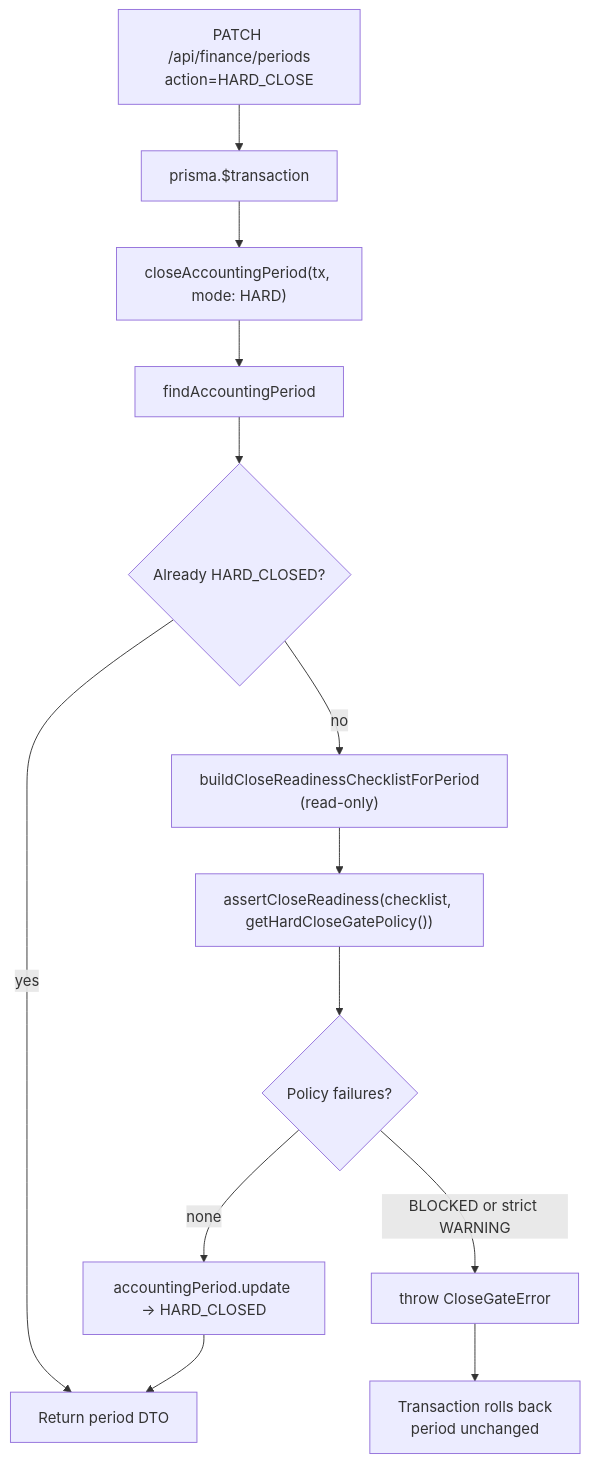
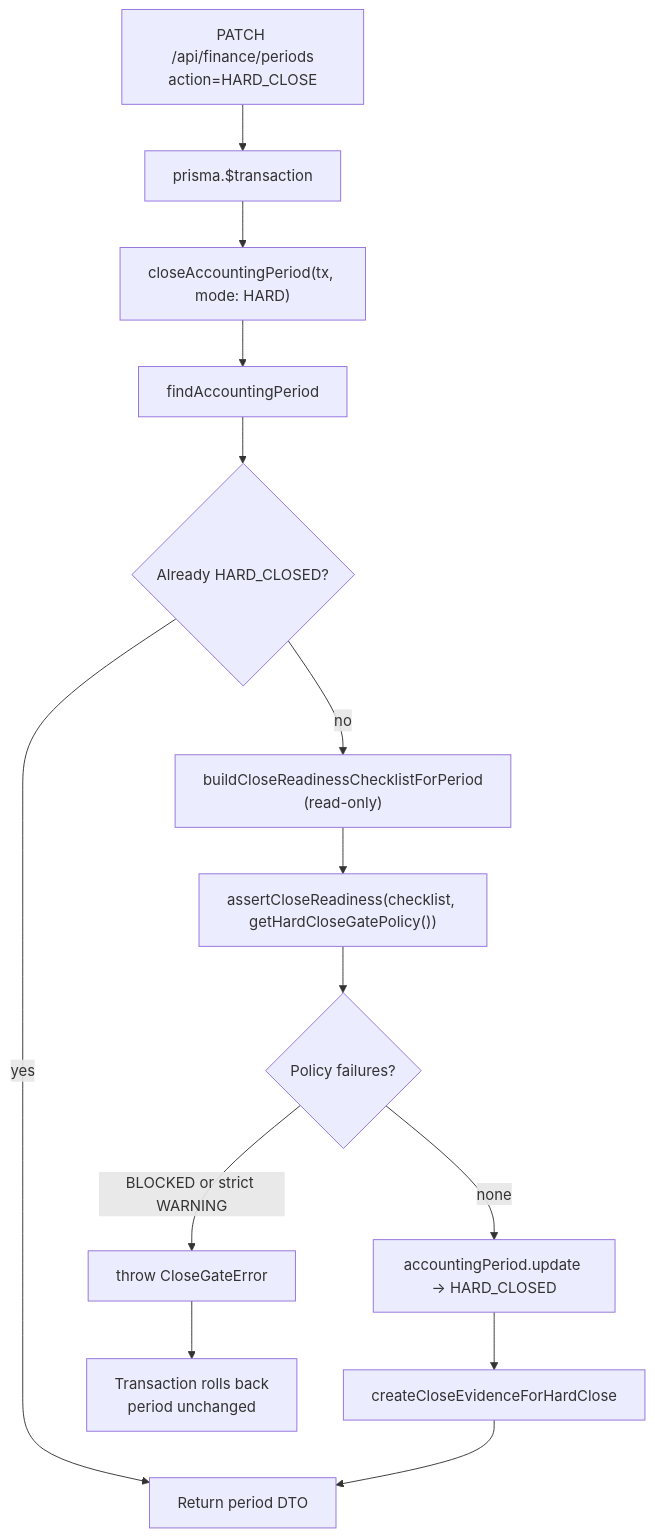
The first of 2 diagrams in docs/22_FINANCE_CLOSE_GATE.md (thkiti/asa-con-v0), drawn with Mermaid before and after one commit. The commit also changed other lines of this file and 35 other files, not shown here.

Commit message:
phase20d close evidence snapshot

````diff
--- a/docs/22_FINANCE_CLOSE_GATE.md
+++ b/docs/22_FINANCE_CLOSE_GATE.md
@@ -28,21 +28,22 @@
 ```mermaid
 flowchart TD
   patch["PATCH /api/finance/periods\naction=HARD_CLOSE"]
   tx["prisma.$transaction"]
   close["closeAccountingPeriod(tx, mode: HARD)"]
   find["findAccountingPeriod"]
   idempotent{"Already HARD_CLOSED?"}
   checklist["buildCloseReadinessChecklistForPeriod\n(read-only)"]
   gate["assertCloseReadiness(checklist, getHardCloseGatePolicy())"]
   policy{"Policy failures?"}
   update["accountingPeriod.update → HARD_CLOSED"]
+  evidence["createCloseEvidenceForHardClose"]
   throw["throw CloseGateError"]
   rollback["Transaction rolls back\nperiod unchanged"]
   ok["Return period DTO"]
 
   patch --> tx --> close --> find --> idempotent
   idempotent -->|yes| ok
   idempotent -->|no| checklist --> gate --> policy
-  policy -->|none| update --> ok
+  policy -->|none| update --> evidence --> ok
   policy -->|BLOCKED or strict WARNING| throw --> rollback
 ```
````
